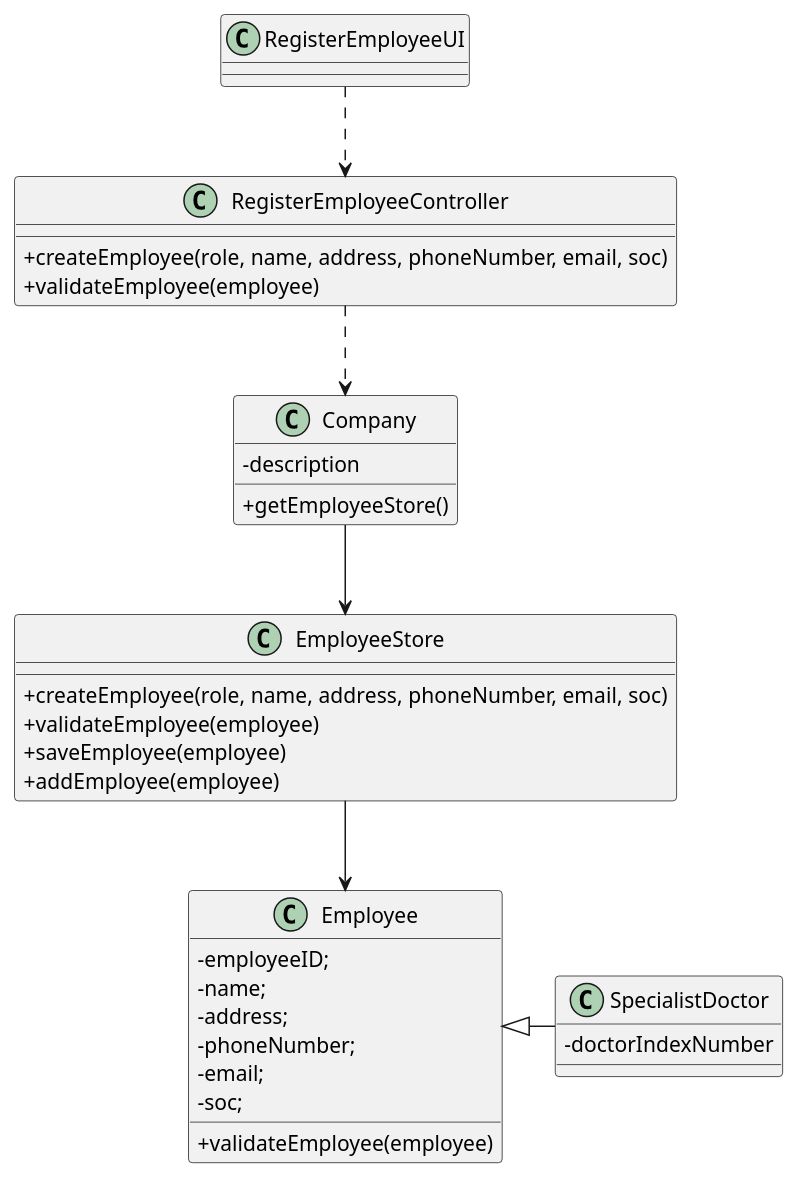
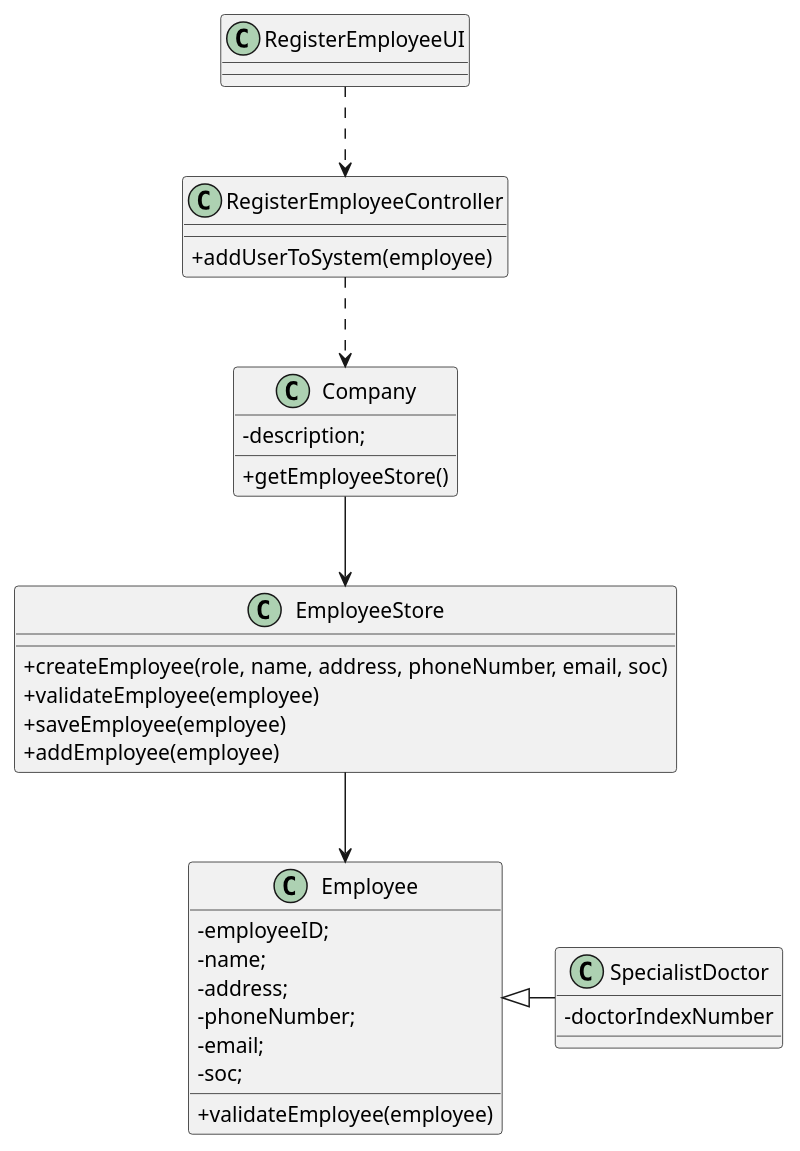
One commit to GuilhermeCunha79/lapr2 changed the diagram in docs/SprintB/US7/UC7_CD.puml. Above: the diagram before and after it, drawn with PlantUML. The commit also changed 4 other files, not shown here.

```diff
--- a/docs/SprintB/US7/UC7_CD.puml
+++ b/docs/SprintB/US7/UC7_CD.puml
@@ -1,47 +1,46 @@
 @startuml
 skinparam classAttributeIconSize 0
 
 class RegisterEmployeeUI
 {
 }
 
 class RegisterEmployeeController
 {
-    +createEmployee(role, name, address, phoneNumber, email, soc)
-    +validateEmployee(employee)
+    +addUserToSystem(employee)
 }
 
 class Employee
 {
 	-employeeID;
 	-name;
 	-address;
 	-phoneNumber;
 	-email;
 	-soc;
     +validateEmployee(employee)
 }
 
 class Company{
-    -description
+    -description;
     +getEmployeeStore()
 }
 
 class EmployeeStore{
     +createEmployee(role, name, address, phoneNumber, email, soc)
     +validateEmployee(employee)
     +saveEmployee(employee)
     +addEmployee(employee)
 }
 
 class SpecialistDoctor{
     -doctorIndexNumber
 }
 
 RegisterEmployeeUI ..> RegisterEmployeeController
 RegisterEmployeeController ..> Company
 Company --> EmployeeStore
 EmployeeStore --> Employee
 SpecialistDoctor -left-|> Employee
 
 @enduml
```
